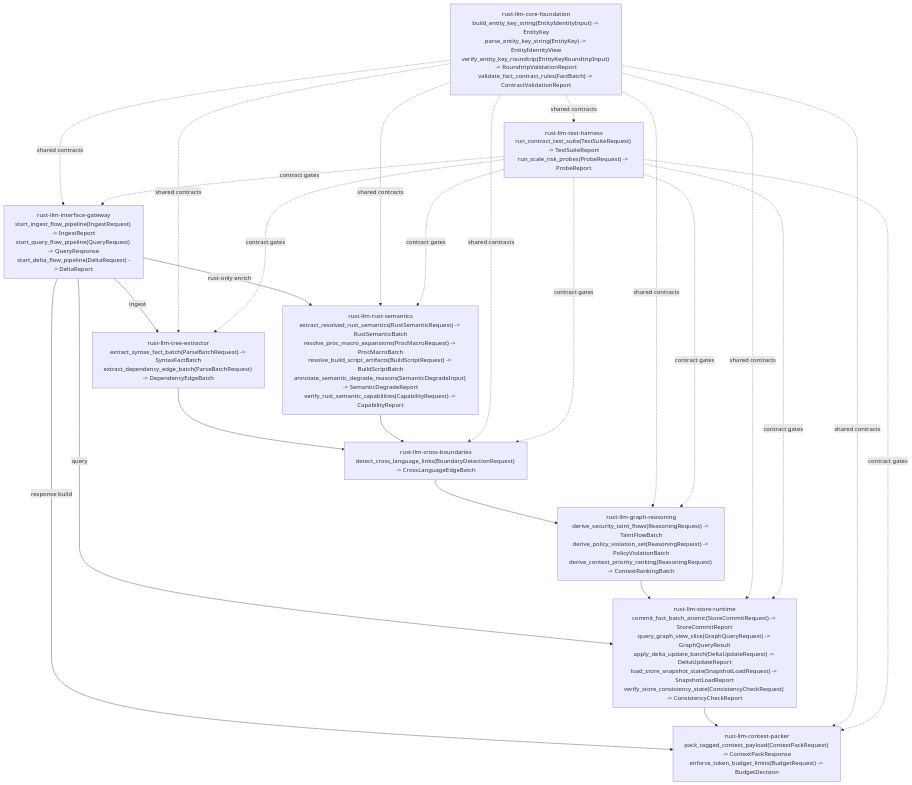
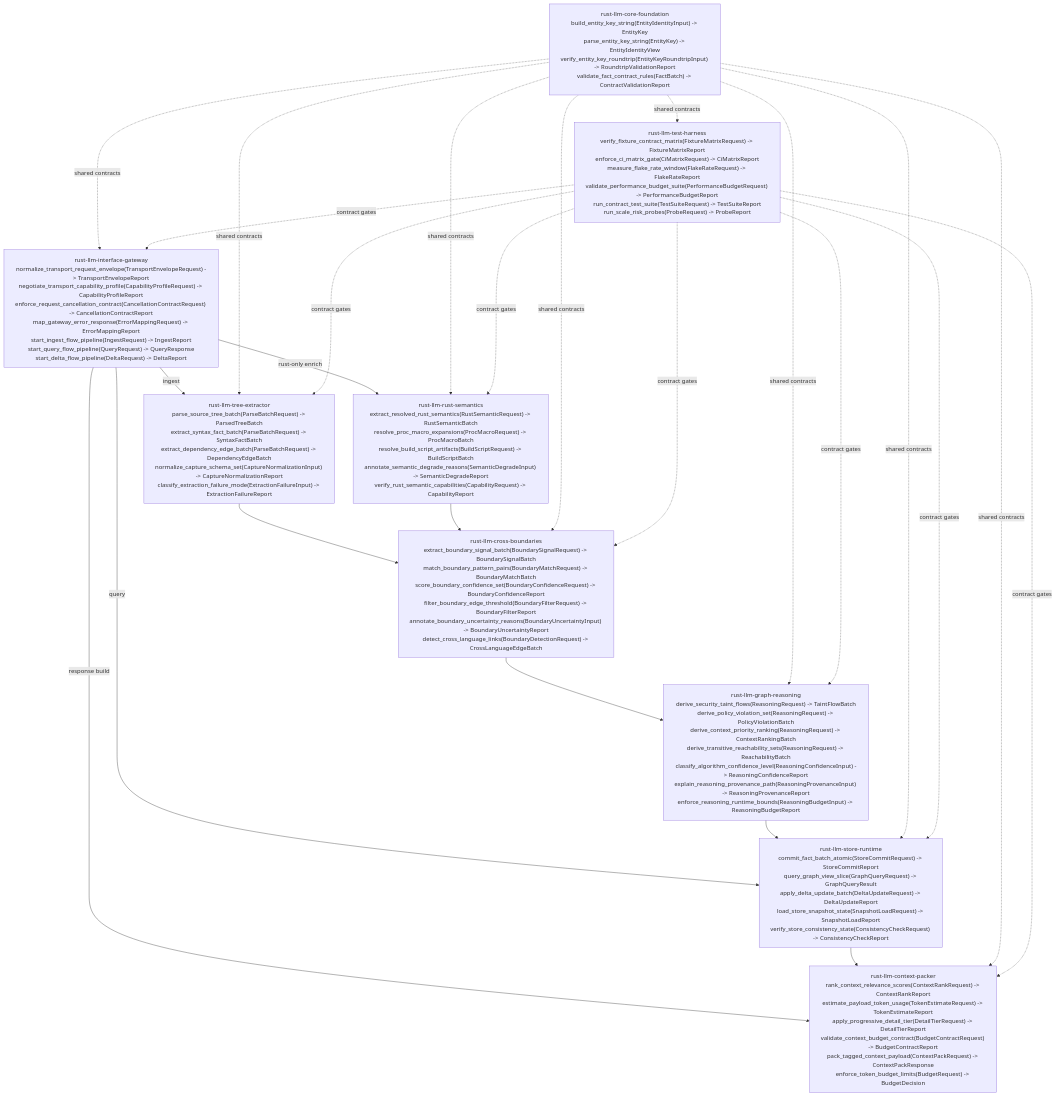
The diagram in docs/Prep-v200-Hashing-Risks-v01.md (that-in-rust/parseltongue-rust-LLM-companion), drawn with Mermaid before and after one commit. The commit also changed other lines of this file and 1 other file, not shown here.

````diff
--- a/docs/Prep-v200-Hashing-Risks-v01.md
+++ b/docs/Prep-v200-Hashing-Risks-v01.md
@@ -26,6 +26,10 @@
 ```mermaid
 flowchart TD
     GW["rust-llm-interface-gateway
+normalize_transport_request_envelope(TransportEnvelopeRequest) -> TransportEnvelopeReport
+negotiate_transport_capability_profile(CapabilityProfileRequest) -> CapabilityProfileReport
+enforce_request_cancellation_contract(CancellationContractRequest) -> CancellationContractReport
+map_gateway_error_response(ErrorMappingRequest) -> ErrorMappingReport
 start_ingest_flow_pipeline(IngestRequest) -> IngestReport
 start_query_flow_pipeline(QueryRequest) -> QueryResponse
 start_delta_flow_pipeline(DeltaRequest) -> DeltaReport"]
@@ -37,8 +41,11 @@
 validate_fact_contract_rules(FactBatch) -> ContractValidationReport"]
 
     TE["rust-llm-tree-extractor
+parse_source_tree_batch(ParseBatchRequest) -> ParsedTreeBatch
 extract_syntax_fact_batch(ParseBatchRequest) -> SyntaxFactBatch
-extract_dependency_edge_batch(ParseBatchRequest) -> DependencyEdgeBatch"]
+extract_dependency_edge_batch(ParseBatchRequest) -> DependencyEdgeBatch
+normalize_capture_schema_set(CaptureNormalizationInput) -> CaptureNormalizationReport
+classify_extraction_failure_mode(ExtractionFailureInput) -> ExtractionFailureReport"]
 
     RS["rust-llm-rust-semantics
 extract_resolved_rust_semantics(RustSemanticRequest) -> RustSemanticBatch
@@ -48,12 +55,21 @@
 verify_rust_semantic_capabilities(CapabilityRequest) -> CapabilityReport"]
 
     CB["rust-llm-cross-boundaries
+extract_boundary_signal_batch(BoundarySignalRequest) -> BoundarySignalBatch
+match_boundary_pattern_pairs(BoundaryMatchRequest) -> BoundaryMatchBatch
+score_boundary_confidence_set(BoundaryConfidenceRequest) -> BoundaryConfidenceReport
+filter_boundary_edge_threshold(BoundaryFilterRequest) -> BoundaryFilterReport
+annotate_boundary_uncertainty_reasons(BoundaryUncertaintyInput) -> BoundaryUncertaintyReport
 detect_cross_language_links(BoundaryDetectionRequest) -> CrossLanguageEdgeBatch"]
 
     GR["rust-llm-graph-reasoning
 derive_security_taint_flows(ReasoningRequest) -> TaintFlowBatch
 derive_policy_violation_set(ReasoningRequest) -> PolicyViolationBatch
-derive_context_priority_ranking(ReasoningRequest) -> ContextRankingBatch"]
+derive_context_priority_ranking(ReasoningRequest) -> ContextRankingBatch
+derive_transitive_reachability_sets(ReasoningRequest) -> ReachabilityBatch
+classify_algorithm_confidence_level(ReasoningConfidenceInput) -> ReasoningConfidenceReport
+explain_reasoning_provenance_path(ReasoningProvenanceInput) -> ReasoningProvenanceReport
+enforce_reasoning_runtime_bounds(ReasoningBudgetInput) -> ReasoningBudgetReport"]
 
     SR["rust-llm-store-runtime
 commit_fact_batch_atomic(StoreCommitRequest) -> StoreCommitReport
@@ -63,10 +79,18 @@
 verify_store_consistency_state(ConsistencyCheckRequest) -> ConsistencyCheckReport"]
 
     CP["rust-llm-context-packer
+rank_context_relevance_scores(ContextRankRequest) -> ContextRankReport
+estimate_payload_token_usage(TokenEstimateRequest) -> TokenEstimateReport
+apply_progressive_detail_tier(DetailTierRequest) -> DetailTierReport
+validate_context_budget_contract(BudgetContractRequest) -> BudgetContractReport
 pack_tagged_context_payload(ContextPackRequest) -> ContextPackResponse
 enforce_token_budget_limits(BudgetRequest) -> BudgetDecision"]
 
     TH["rust-llm-test-harness
+verify_fixture_contract_matrix(FixtureMatrixRequest) -> FixtureMatrixReport
+enforce_ci_matrix_gate(CiMatrixRequest) -> CiMatrixReport
+measure_flake_rate_window(FlakeRateRequest) -> FlakeRateReport
+validate_performance_budget_suite(PerformanceBudgetRequest) -> PerformanceBudgetReport
 run_contract_test_suite(TestSuiteRequest) -> TestSuiteReport
 run_scale_risk_probes(ProbeRequest) -> ProbeReport"]
 
````
